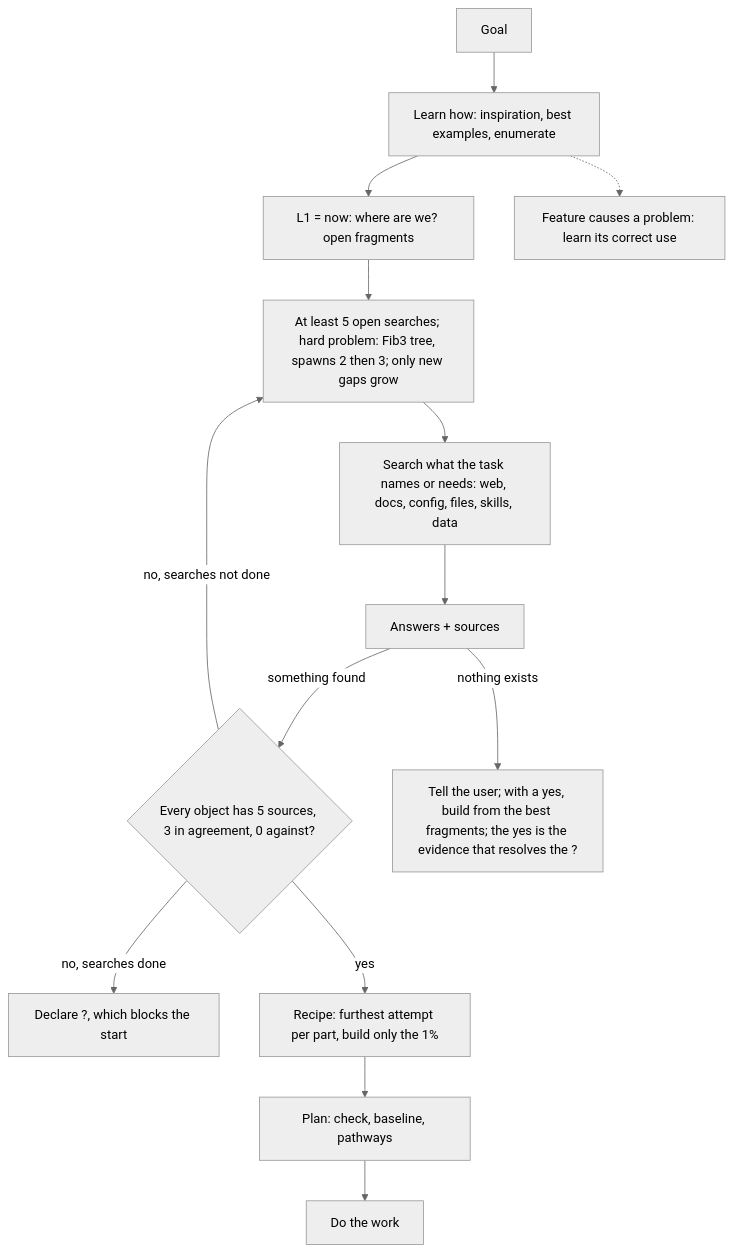
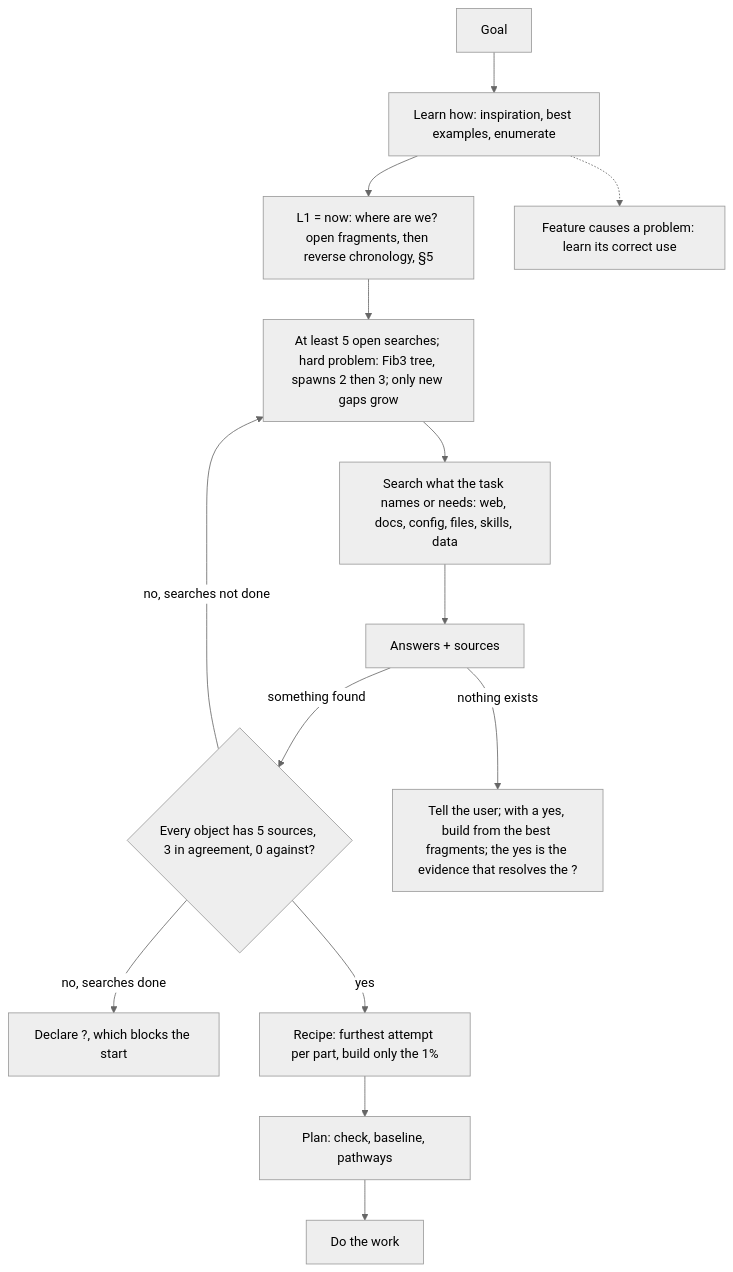
Before and after one commit to SolenixAI/arbiter: the fourth of 14 diagrams in AGENTS.md, drawn with Mermaid (neutral theme). The commit also changed other lines of this file, not shown here.

First line of the commit message:
docs(agents): reverse chronology from now; OKF trust framework; score when choosing (#17)

````diff
--- a/AGENTS.md
+++ b/AGENTS.md
@@ -182,10 +182,10 @@
 ```mermaid
 flowchart TD
-  G[Goal] --> L[Learn how: inspiration, best examples, enumerate] --> F1["L1 = now: where are we? open fragments"] --> Q["At least 5 open searches; hard problem: Fib3 tree, spawns 2 then 3; only new gaps grow"] --> S[Search what the task names or needs: web, docs, config, files, skills, data]
+  G[Goal] --> L[Learn how: inspiration, best examples, enumerate] --> F1["L1 = now: where are we? open fragments, then reverse chronology, §5"] --> Q["At least 5 open searches; hard problem: Fib3 tree, spawns 2 then 3; only new gaps grow"] --> S[Search what the task names or needs: web, docs, config, files, skills, data]
   S --> A[Answers + sources] -->|something found| N{Every object has 5 sources, 3 in agreement, 0 against?}
   N -->|no, searches not done| Q
   N -->|no, searches done| X3["Declare ?, which blocks the start"]
   N -->|yes| R[Recipe: furthest attempt per part, build only the 1%] --> P[Plan: check, baseline, pathways] --> B[Do the work]
   A -->|nothing exists| U["Tell the user; with a yes, build from the best fragments; the yes is the evidence that resolves the ?"]
   L -.-> NB[Feature causes a problem: learn its correct use]
 ```
````
